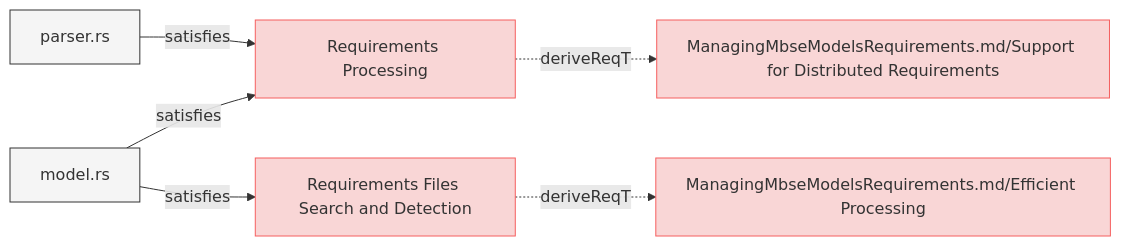
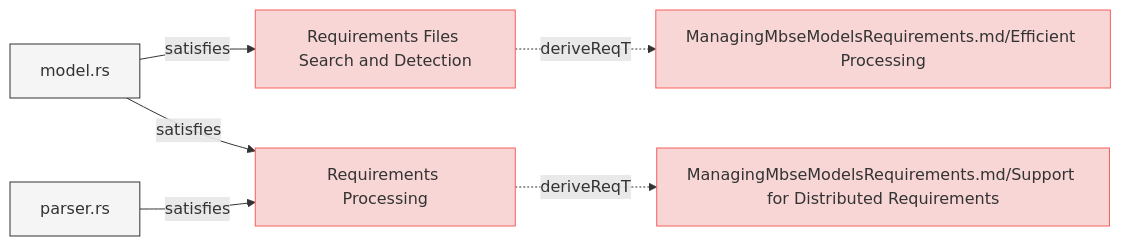
One commit to reqvire-org/reqvire changed the fourth of 8 diagrams in specifications/SystemRequirements/Requirements.md. Above: the diagram before and after it, drawn with Mermaid. The commit also changed other lines of this file and 21 other files, not shown here.

````diff
--- a/specifications/SystemRequirements/Requirements.md
+++ b/specifications/SystemRequirements/Requirements.md
@@ -441,32 +441,32 @@
 ```mermaid
 graph LR;
   %% Graph styling
   classDef requirement fill:#f9d6d6,stroke:#f55f5f,stroke-width:1px;
   classDef verification fill:#d6f9d6,stroke:#5fd75f,stroke-width:1px;
   classDef externalLink fill:#d0e0ff,stroke:#3080ff,stroke-width:1px;
   classDef default fill:#f5f5f5,stroke:#333333,stroke-width:1px;
 
-  c6d19363284e9125["Requirements Processing"];
-  click c6d19363284e9125 "https://github.com/ilijaljubicic/Reqvire/blob/8a68ca1eab81bac7964085e47777a0a92447c6a5/specifications/SystemRequirements/Requirements.md#requirements-processing";
-  class c6d19363284e9125 requirement;
-  1355222227e76540["ManagingMbseModelsRequirements.md/Support for Distributed Requirements"];
-  class 1355222227e76540 requirement;
-  click 1355222227e76540 "https://github.com/ilijaljubicic/Reqvire/blob/8a68ca1eab81bac7964085e47777a0a92447c6a5/specifications/ManagingMbseModelsRequirements.md#support-for-distributed-requirements";
-  c6d19363284e9125 -.->|deriveReqT| 1355222227e76540;
-  2671722513a08b18["model.rs"];
-  class 2671722513a08b18 default;
-  click 2671722513a08b18 "https://github.com/ilijaljubicic/Reqvire/blob/8a68ca1eab81bac7964085e47777a0a92447c6a5/core/src/model.rs";
-  2671722513a08b18 -->|satisfies| c6d19363284e9125;
-  8af498811b4b1f17["parser.rs"];
-  class 8af498811b4b1f17 default;
-  click 8af498811b4b1f17 "https://github.com/ilijaljubicic/Reqvire/blob/8a68ca1eab81bac7964085e47777a0a92447c6a5/core/src/parser.rs";
-  8af498811b4b1f17 -->|satisfies| c6d19363284e9125;
-  734ff30870a0bde0["Requirements Files Search and Detection"];
-  click 734ff30870a0bde0 "https://github.com/ilijaljubicic/Reqvire/blob/8a68ca1eab81bac7964085e47777a0a92447c6a5/specifications/SystemRequirements/Requirements.md#requirements-files-search-and-detection";
-  class 734ff30870a0bde0 requirement;
-  b6c8faf2d138c14a["ManagingMbseModelsRequirements.md/Efficient Processing"];
-  class b6c8faf2d138c14a requirement;
-  click b6c8faf2d138c14a "https://github.com/ilijaljubicic/Reqvire/blob/8a68ca1eab81bac7964085e47777a0a92447c6a5/specifications/ManagingMbseModelsRequirements.md#efficient-processing";
-  734ff30870a0bde0 -.->|deriveReqT| b6c8faf2d138c14a;
-  2671722513a08b18 -->|satisfies| 734ff30870a0bde0;
+  33b15634cbc8d029["Requirements Files Search and Detection"];
+  click 33b15634cbc8d029 "https://github.com/Reqvire/reqvire/blob/f18e52f9f88c64f67a79abc4e93eb74b3ec22615/specifications/SystemRequirements/Requirements.md#requirements-files-search-and-detection";
+  class 33b15634cbc8d029 requirement;
+  386d7b145d008870["ManagingMbseModelsRequirements.md/Efficient Processing"];
+  class 386d7b145d008870 requirement;
+  click 386d7b145d008870 "https://github.com/Reqvire/reqvire/blob/f18e52f9f88c64f67a79abc4e93eb74b3ec22615/specifications/ManagingMbseModelsRequirements.md#efficient-processing";
+  33b15634cbc8d029 -.->|deriveReqT| 386d7b145d008870;
+  36fd2b1e82621caf["model.rs"];
+  class 36fd2b1e82621caf default;
+  click 36fd2b1e82621caf "https://github.com/Reqvire/reqvire/blob/f18e52f9f88c64f67a79abc4e93eb74b3ec22615/core/src/model.rs";
+  36fd2b1e82621caf -->|satisfies| 33b15634cbc8d029;
+  f24f11691f55af62["Requirements Processing"];
+  click f24f11691f55af62 "https://github.com/Reqvire/reqvire/blob/f18e52f9f88c64f67a79abc4e93eb74b3ec22615/specifications/SystemRequirements/Requirements.md#requirements-processing";
+  class f24f11691f55af62 requirement;
+  c4d5865187c53ce6["ManagingMbseModelsRequirements.md/Support for Distributed Requirements"];
+  class c4d5865187c53ce6 requirement;
+  click c4d5865187c53ce6 "https://github.com/Reqvire/reqvire/blob/f18e52f9f88c64f67a79abc4e93eb74b3ec22615/specifications/ManagingMbseModelsRequirements.md#support-for-distributed-requirements";
+  f24f11691f55af62 -.->|deriveReqT| c4d5865187c53ce6;
+  36fd2b1e82621caf -->|satisfies| f24f11691f55af62;
+  dfd639447d711d62["parser.rs"];
+  class dfd639447d711d62 default;
+  click dfd639447d711d62 "https://github.com/Reqvire/reqvire/blob/f18e52f9f88c64f67a79abc4e93eb74b3ec22615/core/src/parser.rs";
+  dfd639447d711d62 -->|satisfies| f24f11691f55af62;
 ```
````
